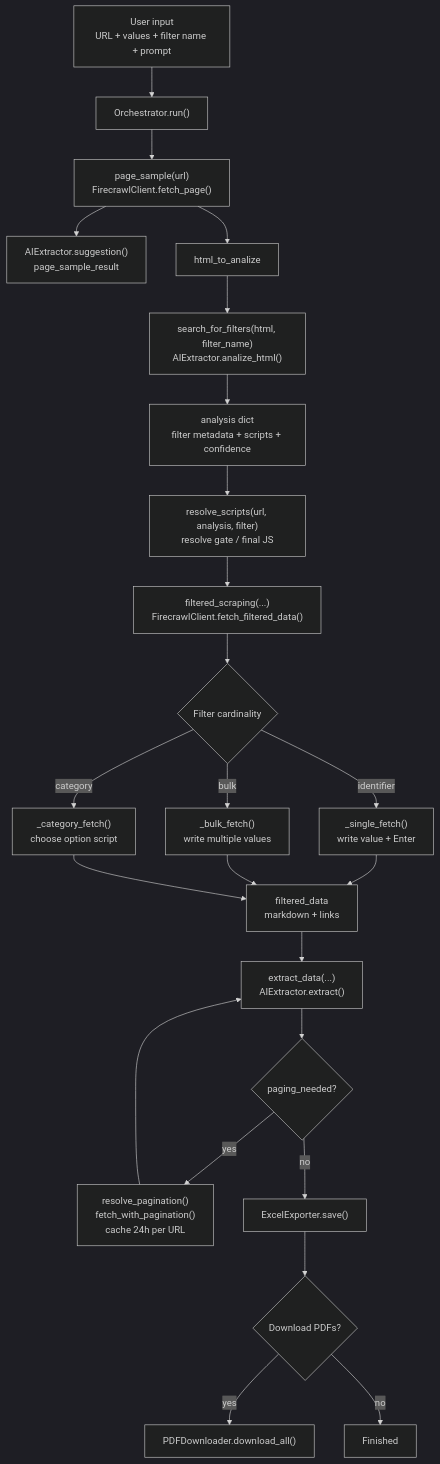
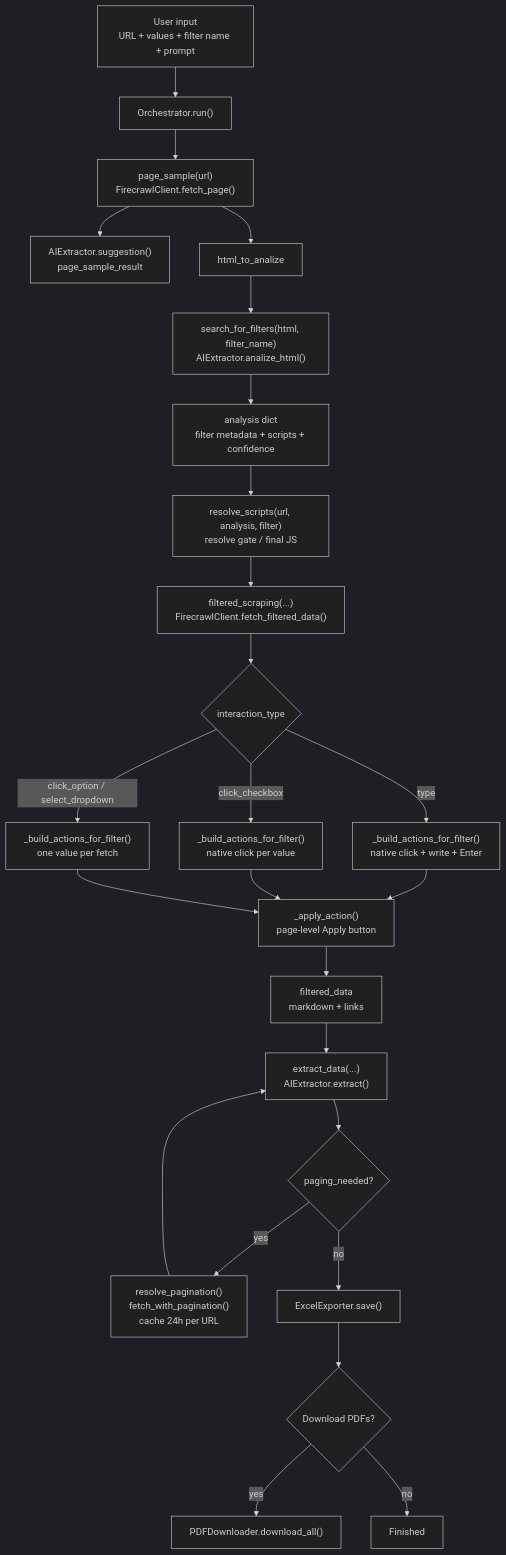
The diagram in README.md (DawidJez/AI-Powered-Web-Scraping), drawn with Mermaid (dark theme) before and after one commit. The commit also changed other lines of this file, not shown here.

````diff
--- a/README.md
+++ b/README.md
@@ -104,33 +119,34 @@
 ```mermaid
 flowchart TD
     U["User input\nURL + values + filter name + prompt"] --> O["Orchestrator.run()"]
 
     O --> P["page_sample(url)\nFirecrawlClient.fetch_page()"]
     P --> SUG["AIExtractor.suggestion()\npage_sample_result"]
     P --> HTML["html_to_analize"]
 
     HTML --> SF["search_for_filters(html, filter_name)\nAIExtractor.analize_html()"]
     SF --> AN["analysis dict\nfilter metadata + scripts + confidence"]
 
     AN --> RS["resolve_scripts(url, analysis, filter)\nresolve gate / final JS"]
     RS --> F["filtered_scraping(...)\nFirecrawlClient.fetch_filtered_data()"]
 
-    F --> CARD{"Filter cardinality"}
-    CARD -->|identifier| SINGLE["_single_fetch()\nwrite value + Enter"]
-    CARD -->|bulk| BULK["_bulk_fetch()\nwrite multiple values"]
-    CARD -->|category| CAT["_category_fetch()\nchoose option script"]
+    F --> CARD{"interaction_type"}
+    CARD -->|type| WRITE["_build_actions_for_filter()\nnative click + write + Enter"]
+    CARD -->|click_checkbox| CHECK["_build_actions_for_filter()\nnative click per value"]
+    CARD -->|click_option / select_dropdown| ONE["_build_actions_for_filter()\none value per fetch"]
 
-    SINGLE --> DATA["filtered_data\nmarkdown + links"]
-    BULK --> DATA
-    CAT --> DATA
+    WRITE --> APPLY["_apply_action()\npage-level Apply button"]
+    CHECK --> APPLY
+    ONE --> APPLY
+    APPLY --> DATA["filtered_data\nmarkdown + links"]
 
     DATA --> EXT["extract_data(...)\nAIExtractor.extract()"]
     EXT --> PAGCHECK{"paging_needed?"}
     PAGCHECK -->|yes| PAG["resolve_pagination()\nfetch_with_pagination()\ncache 24h per URL"]
     PAG --> EXT
     PAGCHECK -->|no| XLS["ExcelExporter.save()"]
 
     XLS --> PDFCHECK{"Download PDFs?"}
     PDFCHECK -->|yes| PDF["PDFDownloader.download_all()"]
     PDFCHECK -->|no| DONE["Finished"]
 ```
````
